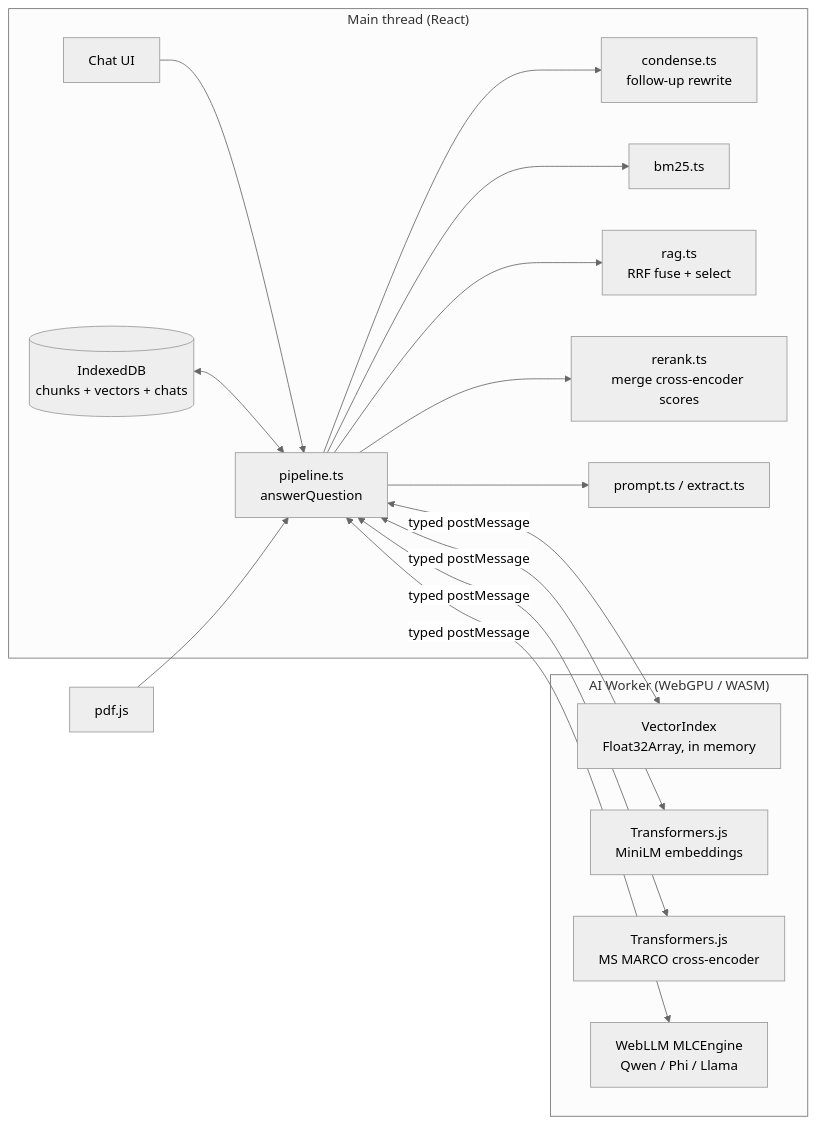
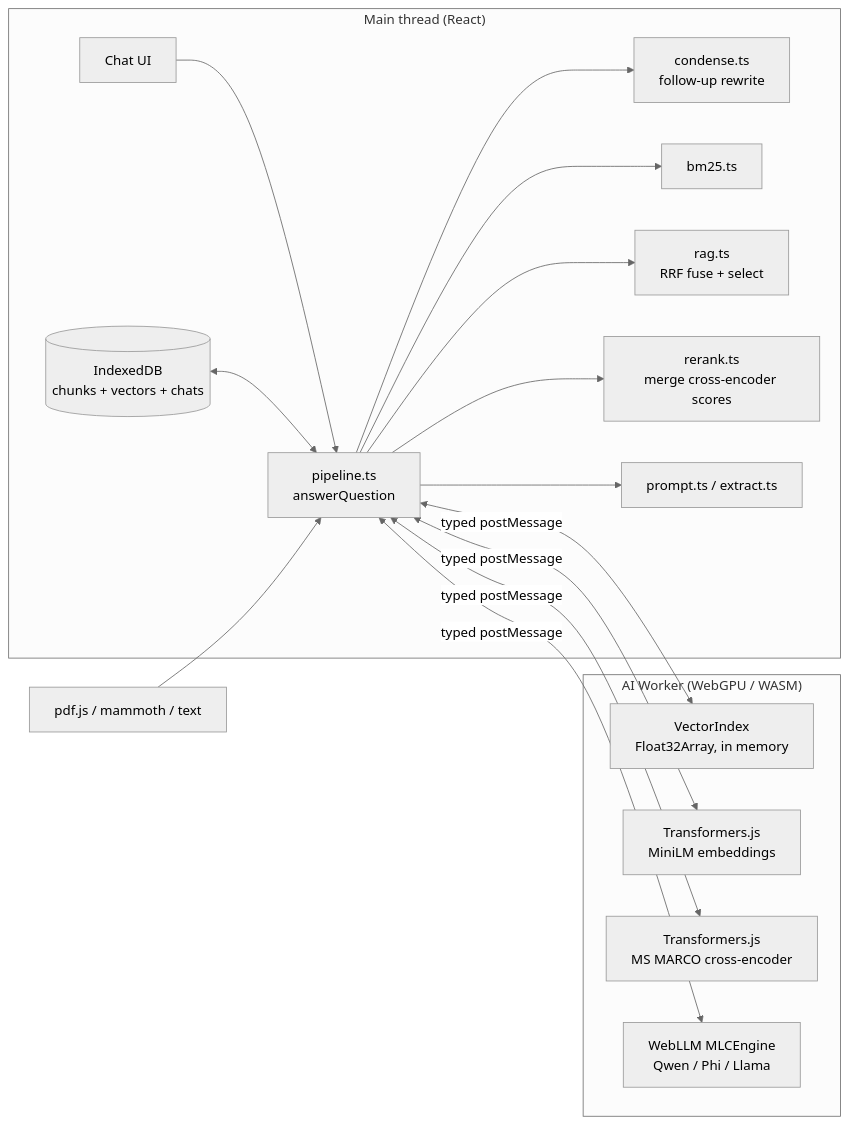
One commit to ahm-adsaad/LocalAI changed the diagram in README.md. Above: the diagram before and after it, drawn with Mermaid (neutral theme). The commit also changed other lines of this file and 1 other file, not shown here.

````diff
--- a/README.md
+++ b/README.md
@@ -32,23 +32,23 @@
 ```mermaid
 flowchart LR
   subgraph Main["Main thread (React)"]
     UI[Chat UI] --> P[pipeline.ts<br/>answerQuestion]
     P --> C[condense.ts<br/>follow-up rewrite]
     P --> B[bm25.ts]
     P --> R[rag.ts<br/>RRF fuse + select]
     P --> RR[rerank.ts<br/>merge cross-encoder scores]
     P --> PR[prompt.ts / extract.ts]
     IDB[(IndexedDB<br/>chunks + vectors + chats)] <--> P
   end
   subgraph Worker["AI Worker (WebGPU / WASM)"]
     V[VectorIndex<br/>Float32Array, in memory]
     E[Transformers.js<br/>MiniLM embeddings]
     X[Transformers.js<br/>MS MARCO cross-encoder]
     L[WebLLM MLCEngine<br/>Qwen / Phi / Llama]
   end
   P <-- "typed postMessage" --> V
   P <-- "typed postMessage" --> E
   P <-- "typed postMessage" --> X
   P <-- "typed postMessage" --> L
-  PDF[pdf.js] --> P
+  IN[pdf.js / mammoth / text] --> P
 ```
````
